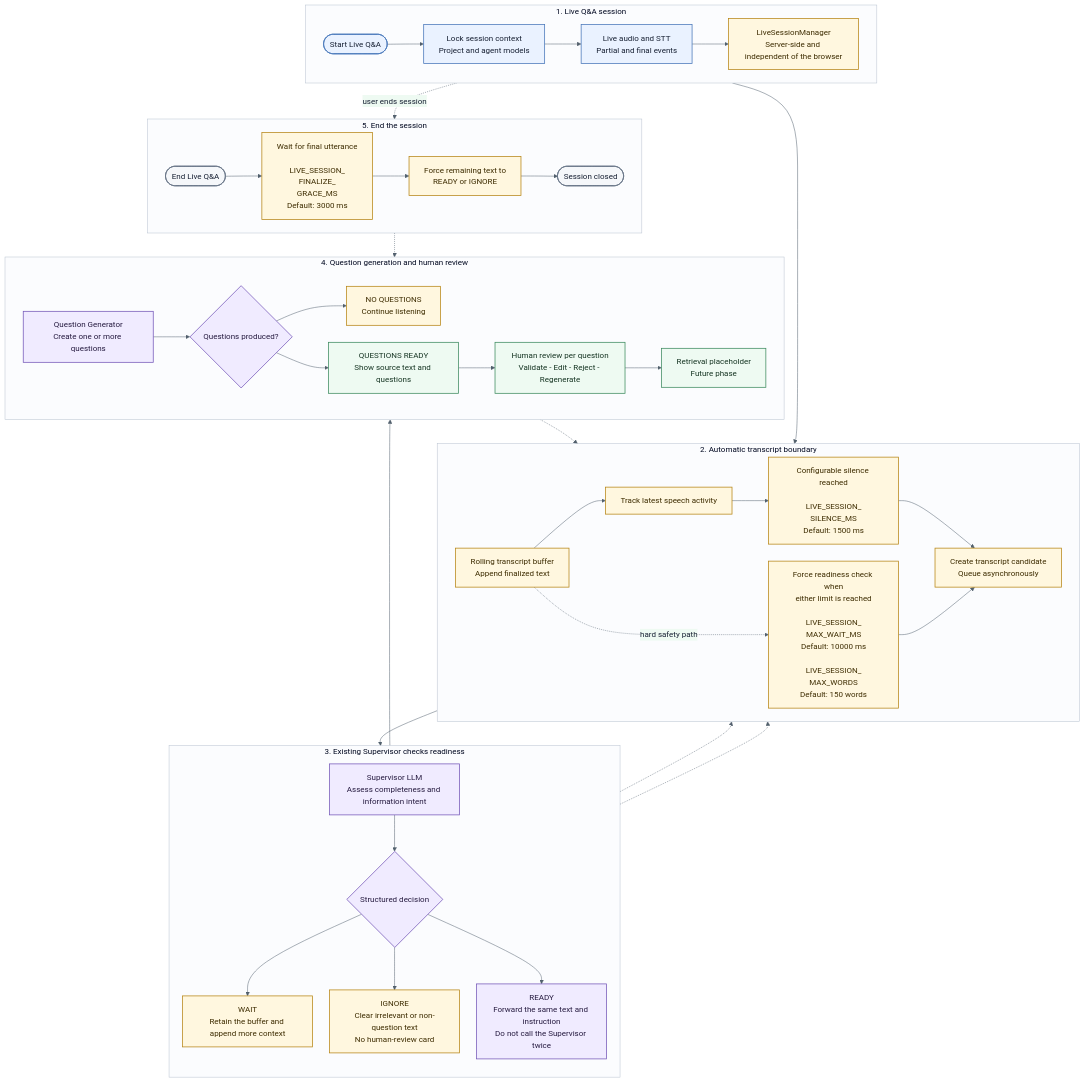
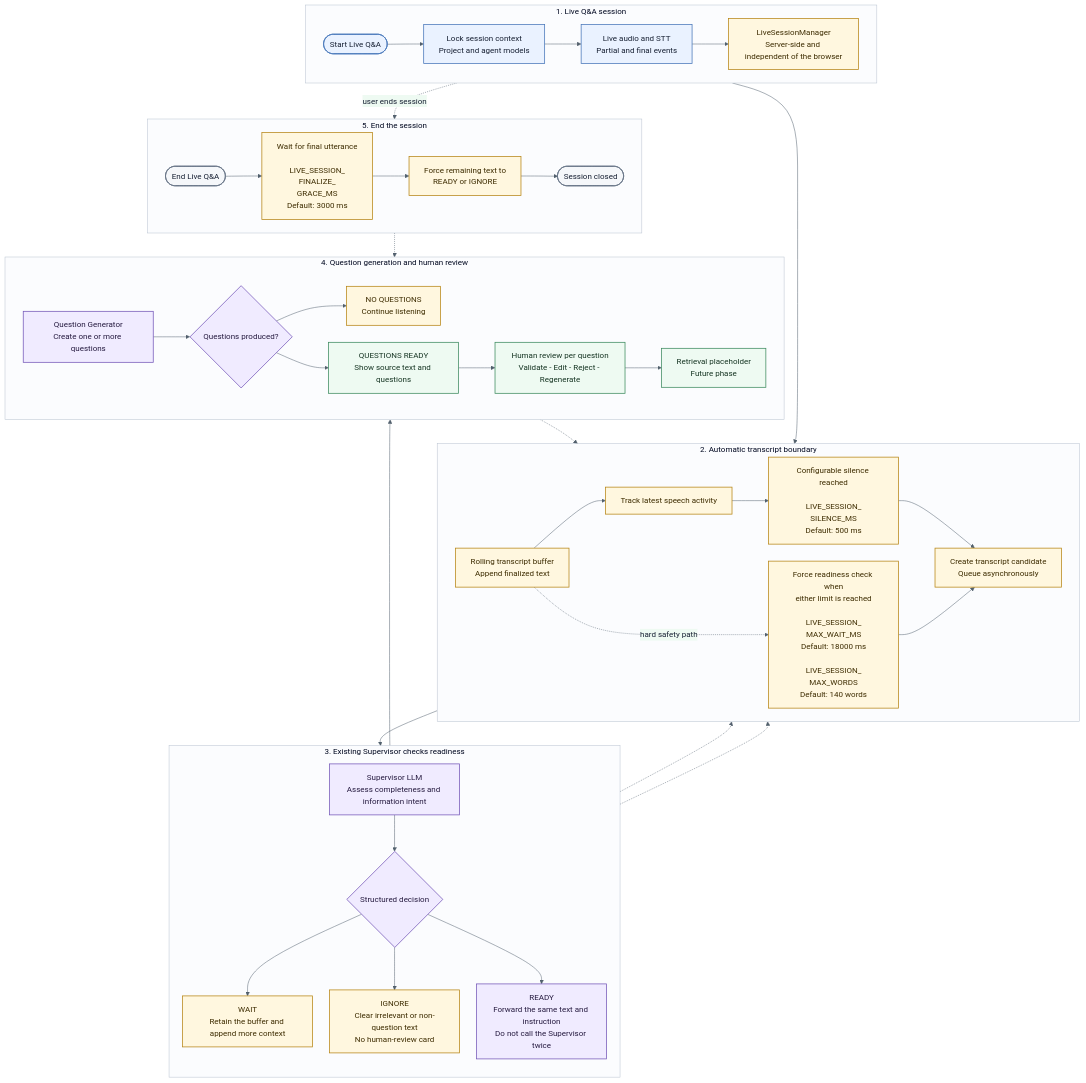
One commit to darkfennertrader/liveqna changed the diagram in services/capture/docs/live-session-question-flow.mmd. Above: the diagram before and after it, drawn with Mermaid. The commit also changed 24 other files, not shown here.

```diff
--- a/services/capture/docs/live-session-question-flow.mmd
+++ b/services/capture/docs/live-session-question-flow.mmd
@@ -1,87 +1,87 @@
 %%{init: {
   "theme": "base",
   "themeVariables": {
     "background": "#ffffff",
     "primaryColor": "#eaf2ff",
     "primaryTextColor": "#172033",
     "primaryBorderColor": "#4776b9",
     "lineColor": "#52606d",
     "secondaryColor": "#eefaf2",
     "tertiaryColor": "#fff7df",
     "fontFamily": "Arial, sans-serif",
     "clusterBkg": "#fbfcfe",
     "clusterBorder": "#b8c2cf"
   },
   "flowchart": {
     "curve": "basis",
     "nodeSpacing": 34,
     "rankSpacing": 48
   }
 }}%%
 
 flowchart TB
     subgraph SESSION["1. Live Q&A session"]
         direction LR
         START([Start Live Q&A]) --> CONTEXT[Lock session context<br/>Project and agent models]
         CONTEXT --> STT[Live audio and STT<br/>Partial and final events]
         STT --> MANAGER[LiveSessionManager<br/>Server-side and independent of the browser]
     end
 
     subgraph BOUNDARY["2. Automatic transcript boundary"]
         direction LR
         BUFFER[Rolling transcript buffer<br/>Append finalized text] --> ACTIVITY[Track latest speech activity]
-        ACTIVITY --> SILENCE[Configurable silence reached<br/><br/>LIVE_SESSION_<br/>SILENCE_MS<br/>Default: 1500 ms]
+        ACTIVITY --> SILENCE[Configurable silence reached<br/><br/>LIVE_SESSION_<br/>SILENCE_MS<br/>Default: 500 ms]
         SILENCE --> CANDIDATE[Create transcript candidate<br/>Queue asynchronously]
-        BUFFER -. hard safety path .-> LIMITS[Force readiness check when<br/>either limit is reached<br/><br/>LIVE_SESSION_<br/>MAX_WAIT_MS<br/>Default: 10000 ms<br/><br/>LIVE_SESSION_<br/>MAX_WORDS<br/>Default: 150 words]
+        BUFFER -. hard safety path .-> LIMITS[Force readiness check when<br/>either limit is reached<br/><br/>LIVE_SESSION_<br/>MAX_WAIT_MS<br/>Default: 18000 ms<br/><br/>LIVE_SESSION_<br/>MAX_WORDS<br/>Default: 140 words]
         LIMITS --> CANDIDATE
     end
 
     MANAGER --> BUFFER
 
     subgraph READINESS["3. Existing Supervisor checks readiness"]
         direction TB
         SUPERVISOR[Supervisor LLM<br/>Assess completeness and information intent]
         SUPERVISOR --> DECISION{Structured decision}
         DECISION --> WAIT[WAIT<br/>Retain the buffer and append more context]
         DECISION --> IGNORE[IGNORE<br/>Clear irrelevant or non-question text<br/>No human-review card]
         DECISION --> READY[READY<br/>Forward the same text and instruction<br/>Do not call the Supervisor twice]
     end
 
     CANDIDATE --> SUPERVISOR
 
     subgraph GENERATION["4. Question generation and human review"]
         direction LR
         GENERATOR[Question Generator<br/>Create one or more questions] --> PRODUCED{Questions produced?}
         PRODUCED --> NOQUESTION[NO QUESTIONS<br/>Continue listening]
         PRODUCED --> QUESTIONS[QUESTIONS READY<br/>Show source text and questions]
         QUESTIONS --> HUMAN[Human review per question<br/>Validate - Edit - Reject - Regenerate]
         HUMAN --> RETRIEVAL[Retrieval placeholder<br/>Future phase]
     end
 
     READY --> GENERATOR
 
     WAIT -.-> BUFFER
     IGNORE -.-> BUFFER
     NOQUESTION -.-> BUFFER
 
     subgraph ENDING["5. End the session"]
         direction LR
         END([End Live Q&A]) --> GRACE[Wait for final utterance<br/><br/>LIVE_SESSION_<br/>FINALIZE_<br/>GRACE_MS<br/>Default: 3000 ms]
         GRACE --> FINAL[Force remaining text to<br/>READY or IGNORE]
         FINAL --> CLOSED([Session closed])
     end
 
     MANAGER -. user ends session .-> END
     FINAL -.-> GENERATOR
 
     classDef session fill:#eaf2ff,stroke:#4776b9,color:#172033,stroke-width:1.5px;
     classDef manager fill:#fff7df,stroke:#b78516,color:#3d2c00,stroke-width:1.5px;
     classDef agent fill:#f0ebff,stroke:#7457b8,color:#261b40,stroke-width:1.5px;
     classDef human fill:#eefaf2,stroke:#3d8b5f,color:#163523,stroke-width:1.5px;
     classDef terminal fill:#f5f7fa,stroke:#637083,color:#172033,stroke-width:1.5px;
 
     class START,CONTEXT,STT session;
     class MANAGER,BUFFER,ACTIVITY,SILENCE,LIMITS,CANDIDATE,WAIT,IGNORE,NOQUESTION,GRACE,FINAL manager;
     class SUPERVISOR,DECISION,READY,GENERATOR,PRODUCED agent;
     class QUESTIONS,HUMAN,RETRIEVAL human;
     class END,CLOSED terminal;
```
